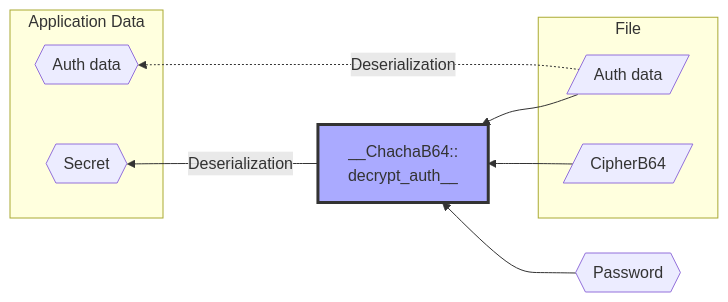
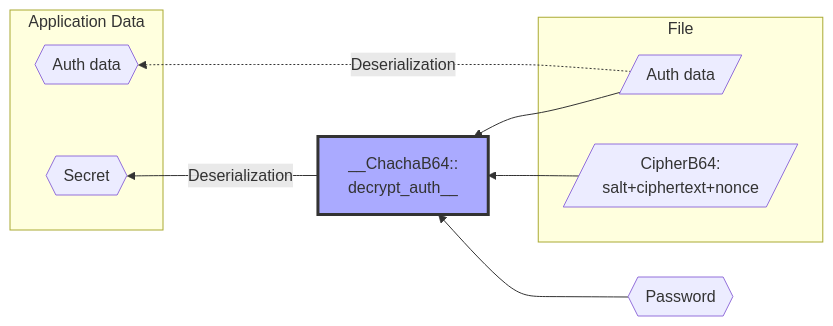
Before and after one commit to emabee/pwsec: the second of 2 diagrams in README.md, drawn with Mermaid. The commit also changed other lines of this file, not shown here.

Commit message:
Small docu improvement

````diff
--- a/README.md
+++ b/README.md
@@ -65,31 +66,32 @@
 ```mermaid
 flowchart RL
 
 A1{{Auth data}}
 A2[/Auth data/]
-C[/CipherB64/]
+C[/CipherB64:
+salt+ciphertext+nonce/]
 D[__ChachaB64::
 decrypt_auth__]
-M{{Password}}
-P{{Secret}}
+P{{Password}}
+S{{Secret}}
 
 style D fill:#AAf,stroke:#333,stroke-width:3px
 
 subgraph File
     C
     A2
 end
 
 subgraph Application Data
     A1
-    P
+    S
 end
-M
+P
 
-M --> D
-D -- Deserialization --> P
+P --> D
+D -- Deserialization --> S
 A2 --> D
 
 C --> D
 A2 -. Deserialization .-> A1
 ```
````
